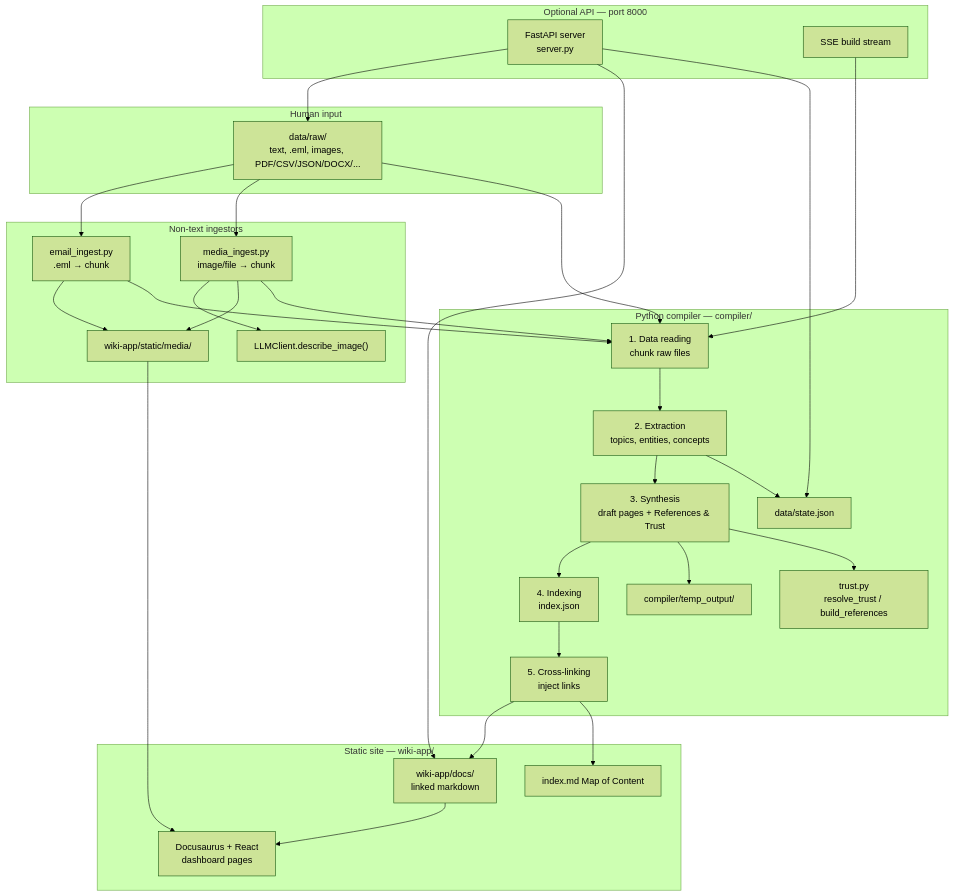
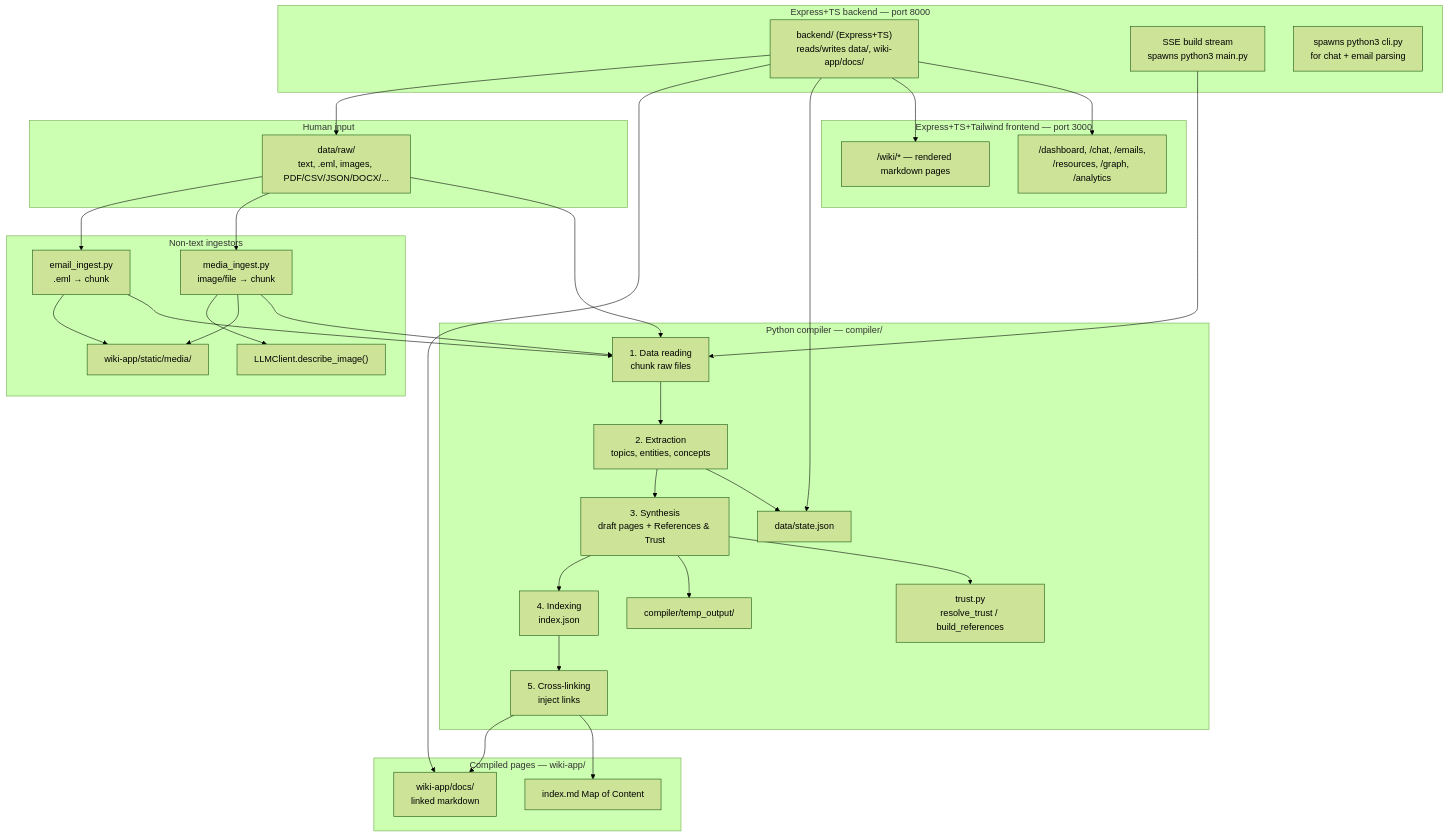
The diagram in documentation/03-architecture.md (navidfalah/wiki), drawn with Mermaid (forest theme) before and after one commit. The commit also changed other lines of this file and 97 other files, not shown here.

````diff
--- a/documentation/03-architecture.md
+++ b/documentation/03-architecture.md
@@ -5,56 +5,61 @@
 ```mermaid
 flowchart TB
     subgraph input [Human input]
         RAW["data/raw/<br/>text, .eml, images, PDF/CSV/JSON/DOCX/..."]
     end
 
     subgraph ingest [Non-text ingestors]
         EMAIL["email_ingest.py<br/>.eml → chunk"]
         MEDIA["media_ingest.py<br/>image/file → chunk"]
         VISION["LLMClient.describe_image()"]
         STATIC["wiki-app/static/media/"]
         MEDIA --> VISION
         MEDIA --> STATIC
         EMAIL --> STATIC
     end
 
     subgraph compiler [Python compiler — compiler/]
         S1["1. Data reading<br/>chunk raw files"]
         S2["2. Extraction<br/>topics, entities, concepts"]
         S3["3. Synthesis<br/>draft pages + References & Trust"]
         S4["4. Indexing<br/>index.json"]
         S5["5. Cross-linking<br/>inject links"]
         TRUST["trust.py<br/>resolve_trust / build_references"]
         TEMP["compiler/temp_output/"]
         STATE["data/state.json"]
         S1 --> S2 --> S3 --> S4 --> S5
         S3 --> TEMP
         S2 --> STATE
         S3 --> TRUST
     end
 
-    subgraph output [Static site — wiki-app/]
+    subgraph output [Compiled pages — wiki-app/]
         DOCS["wiki-app/docs/<br/>linked markdown"]
         MOC["index.md Map of Content"]
-        DOCUSAURUS["Docusaurus + React<br/>dashboard pages"]
     end
 
-    subgraph api [Optional API — port 8000]
-        FASTAPI["FastAPI server<br/>server.py"]
-        SSE["SSE build stream"]
+    subgraph backend [Express+TS backend — port 8000]
+        NODE["backend/ (Express+TS)<br/>reads/writes data/, wiki-app/docs/"]
+        SSE["SSE build stream<br/>spawns python3 main.py"]
+        BRIDGE["spawns python3 cli.py<br/>for chat + email parsing"]
+    end
+
+    subgraph frontend [Express+TS+Tailwind frontend — port 3000]
+        WIKIVIEW["/wiki/* — rendered markdown pages"]
+        DASHVIEW["/dashboard, /chat, /emails,<br/>/resources, /graph, /analytics"]
     end
 
     RAW --> EMAIL
     RAW --> MEDIA
     RAW --> S1
     EMAIL --> S1
     MEDIA --> S1
     S5 --> DOCS
     S5 --> MOC
-    DOCS --> DOCUSAURUS
-    STATIC --> DOCUSAURUS
-    FASTAPI --> RAW
-    FASTAPI --> DOCS
-    FASTAPI --> STATE
+    NODE --> RAW
+    NODE --> DOCS
+    NODE --> STATE
     SSE --> S1
+    NODE --> WIKIVIEW
+    NODE --> DASHVIEW
 ```
````
